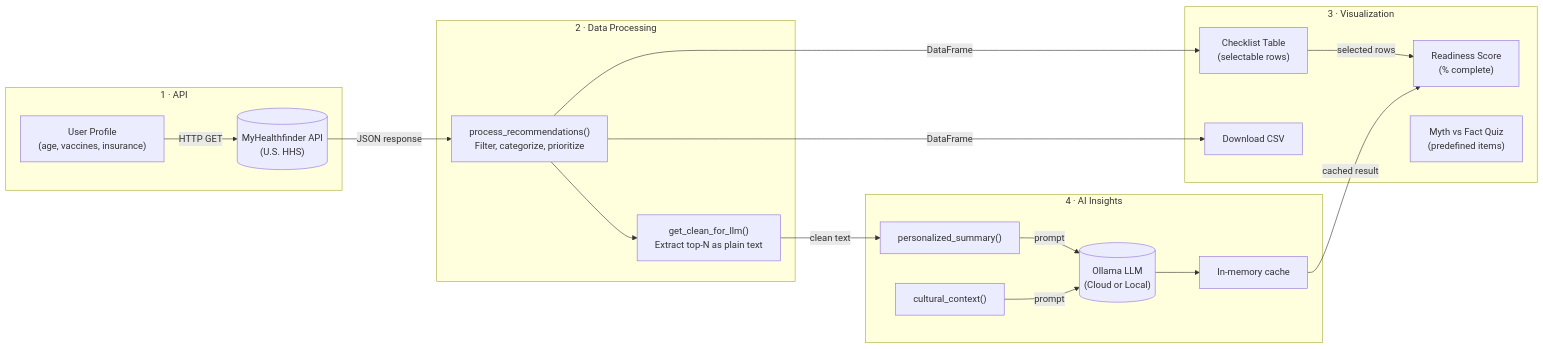
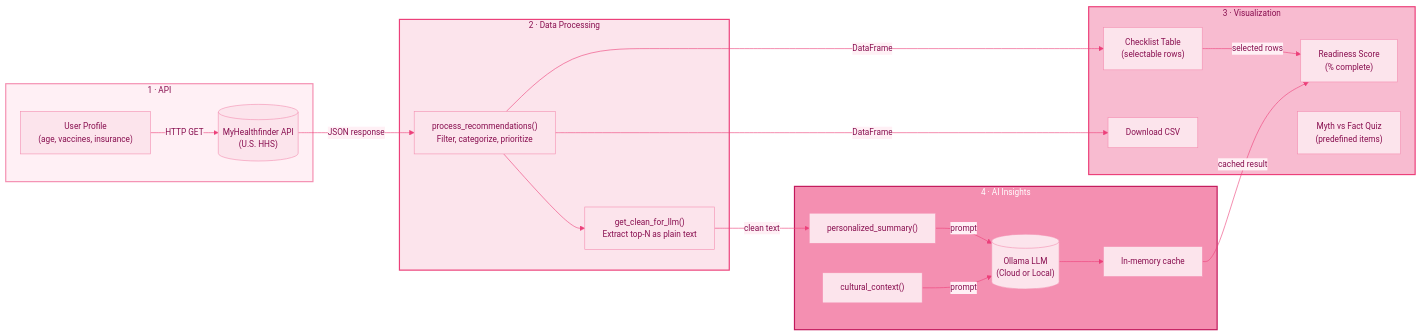
Before and after one commit to shreyainlabcoat/Zena: the diagram in README.md, drawn with Mermaid.

Commit message:
changed process diagram color scheme

````diff
--- a/README.md
+++ b/README.md
@@ -45,38 +45,53 @@
 ```mermaid
+%%{init: {'theme': 'base', 'themeVariables': {
+  'primaryColor': '#FCE4EC',
+  'primaryTextColor': '#880E4F',
+  'primaryBorderColor': '#F48FB1',
+  'lineColor': '#EC407A',
+  'secondaryColor': '#FFF0F5',
+  'tertiaryColor': '#FFF0F5',
+  'fontFamily': 'Poppins, sans-serif',
+  'fontSize': '14px'
+}}}%%
 flowchart LR
     subgraph A ["1 · API"]
         A1["User Profile\n(age, vaccines, insurance)"]
         A2[("MyHealthfinder API\n(U.S. HHS)")]
         A1 -->|HTTP GET| A2
     end
 
     subgraph B ["2 · Data Processing"]
         B1["process_recommendations()\nFilter, categorize, prioritize"]
         B2["get_clean_for_llm()\nExtract top-N as plain text"]
         B1 --> B2
     end
 
     subgraph C ["3 · Visualization"]
         C1["Checklist Table\n(selectable rows)"]
         C2["Readiness Score\n(% complete)"]
         C3["Download CSV"]
         C4["Myth vs Fact Quiz\n(predefined items)"]
         C1 -->|selected rows| C2
     end
 
     subgraph D ["4 · AI Insights"]
         D1["personalized_summary()"]
         D2["cultural_context()"]
         D3[("Ollama LLM\n(Cloud or Local)")]
         D4["In-memory cache"]
         D1 -->|prompt| D3
         D2 -->|prompt| D3
         D3 --> D4
     end
 
     A2 -->|JSON response| B1
     B1 -->|DataFrame| C1
     B1 -->|DataFrame| C3
     B2 -->|clean text| D1
     D4 -->|cached result| C2
+
+    style A fill:#FFF0F5,stroke:#F48FB1,stroke-width:2px,color:#880E4F
+    style B fill:#FCE4EC,stroke:#EC407A,stroke-width:2px,color:#880E4F
+    style C fill:#F8BBD0,stroke:#EC407A,stroke-width:2px,color:#880E4F
+    style D fill:#F48FB1,stroke:#C2185B,stroke-width:2px,color:#fff
 ```
````
